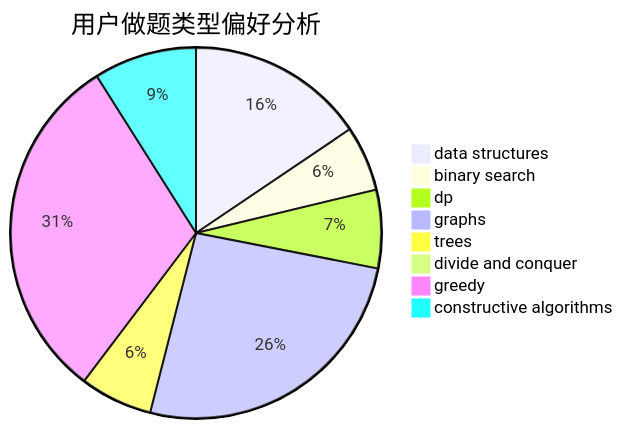
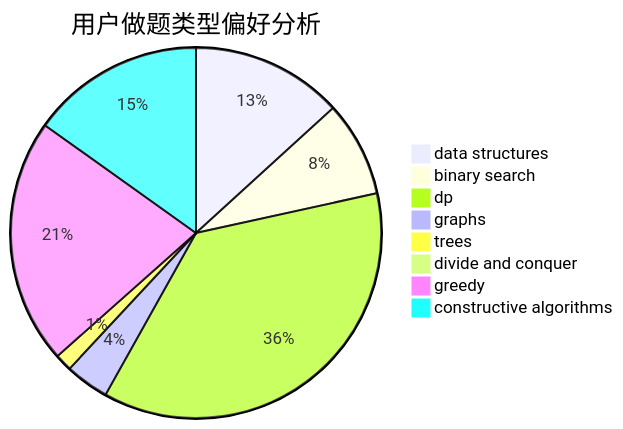
The second of 3 diagrams in docs/user/u712.md (sherpahu/cfrs.github.io), drawn with Mermaid before and after one commit. The commit also changed other lines of this file and 2770 other files, not shown here.

````diff
--- a/docs/user/u712.md
+++ b/docs/user/u712.md
@@ -23,11 +23,11 @@
 ```mermaid
 pie title 用户做题类型偏好分析
-    "data structures" :  123
-    "binary search" :  45
-    "dp" :  54
-    "graphs" :  205
-    "trees" :  50
-    "divide and conquer" :  0
-    "greedy" :  243
-    "constructive algorithms" :  71
+    "data structures" :  97
+    "binary search" :  61
+    "dp" :  268
+    "graphs" :  28
+    "trees" :  11
+    "divide and conquer" :  2
+    "greedy" :  157
+    "constructive algorithms" :  111
 ```
````
